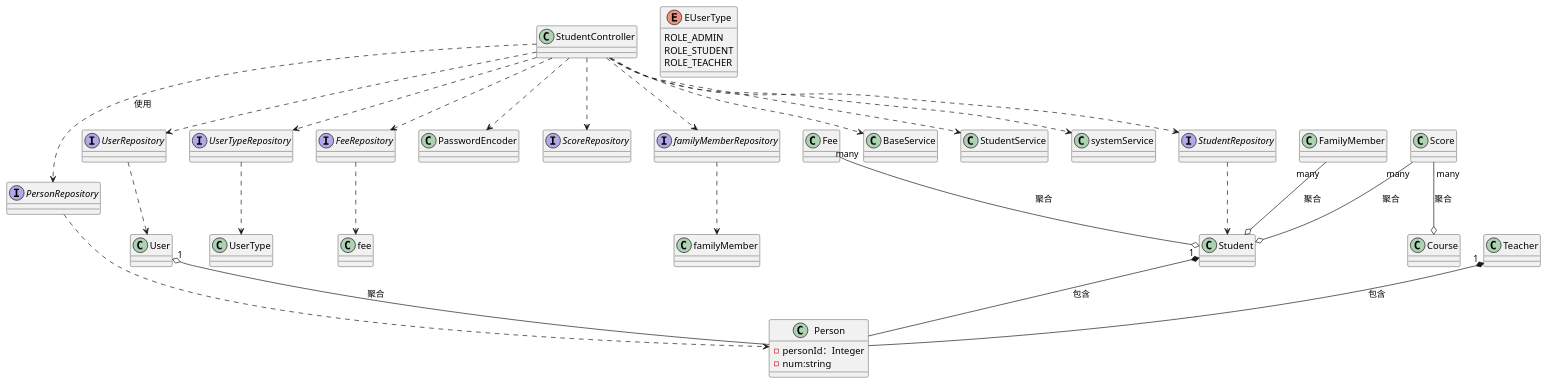
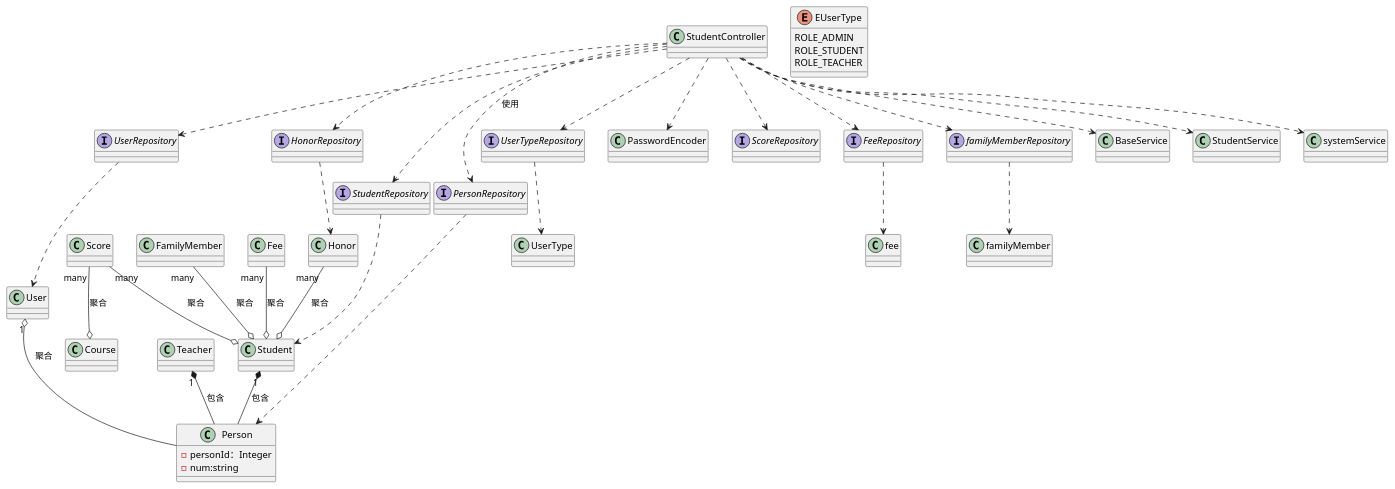
Before and after one commit to HowardSpark/Web-Server: the diagram in src/main/java/cn/edu/sdu/java/server/uml/demo.puml, drawn with PlantUML. The commit also changed 10 other files, not shown here.

```diff
--- a/src/main/java/cn/edu/sdu/java/server/uml/demo.puml
+++ b/src/main/java/cn/edu/sdu/java/server/uml/demo.puml
@@ -1,59 +1,64 @@
 @startuml
 'https://plantuml.com/class-diagram
 
 class Person{
 -personId：Integer
 -num:string
 }
 class User
 class Student
 class Teacher
 class Course
 class FamilyMember
 class Fee
 class Score
+class Honor
 
 class StudentController
 interface PersonRepository
 interface StudentRepository
 interface UserRepository
 interface UserTypeRepository
 class PasswordEncoder
 interface ScoreRepository
 interface FeeRepository
 interface familyMemberRepository
+interface HonorRepository
 class BaseService
 class StudentService
 class systemService
 
 enum EUserType {
 ROLE_ADMIN
 ROLE_STUDENT
 ROLE_TEACHER
 }
 User "1" o-- Person  : 聚合
 Student "1" *-- Person  : 包含
 Teacher "1" *-- Person  : 包含
 Fee "many" --o Student : 聚合
 FamilyMember "many" --o Student :聚合
 Score "many" --o Student :聚合
 Score "many" --o Course :聚合
+Honor "many" --o Student :聚合
 StudentController ..> PersonRepository :使用
 StudentController ..> StudentRepository
 StudentController ..> UserRepository
 StudentController ..> UserTypeRepository
 StudentController ..> PasswordEncoder
 StudentController ..> ScoreRepository
 StudentController ..> FeeRepository
 StudentController ..> familyMemberRepository
+StudentController ..> HonorRepository
 StudentController ..> BaseService
 StudentController ..> StudentService
 StudentController ..> systemService
 PersonRepository ..> Person
 StudentRepository ..> Student
 UserRepository ..> User
 UserTypeRepository ..> UserType
 FeeRepository ..> fee
 familyMemberRepository ..> familyMember
+HonorRepository ..> Honor
 
 @enduml
```
